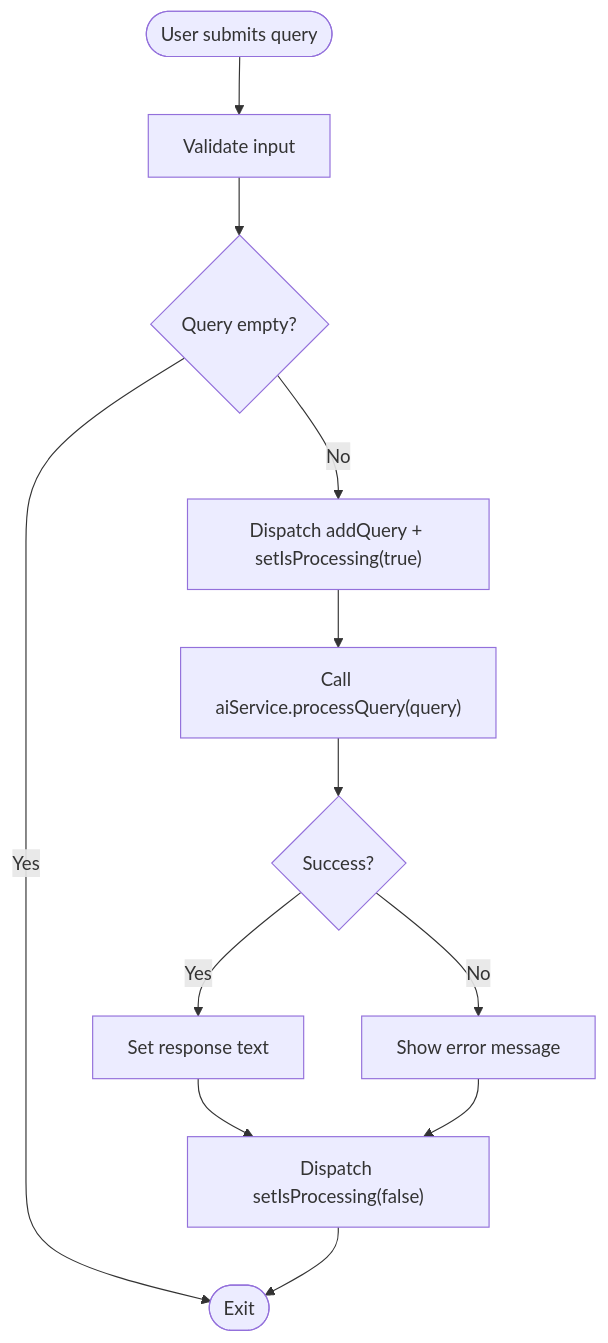
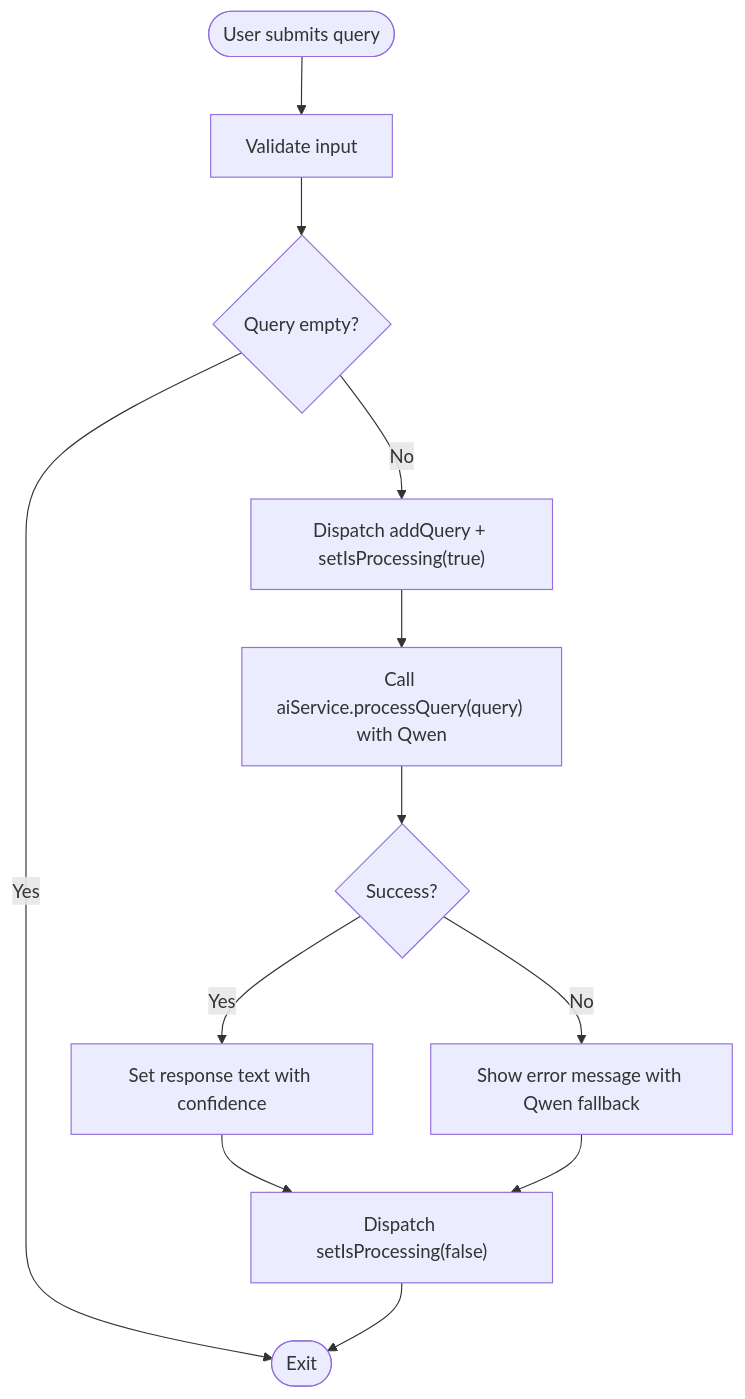
Before and after one commit to cacamarica/dashboard-ai: the third of 8 diagrams in .qoder/repowiki/en/content/Core Features/AI Assistant.md, drawn with Mermaid. The commit also changed other lines of this file and 14 other files, not shown here.

````diff
--- a/.qoder/repowiki/en/content/Core Features/AI Assistant.md
+++ b/.qoder/repowiki/en/content/Core Features/AI Assistant.md
@@ -152,14 +161,14 @@
 ```mermaid
 flowchart TD
 Start(["User submits query"]) --> Validate["Validate input"]
 Validate --> Valid{"Query empty?"}
 Valid --> |Yes| End(["Exit"])
 Valid --> |No| Dispatch["Dispatch addQuery + setIsProcessing(true)"]
-Dispatch --> CallAI["Call aiService.processQuery(query)"]
+Dispatch --> CallAI["Call aiService.processQuery(query) with Qwen"]
 CallAI --> Success{"Success?"}
-Success --> |Yes| SetResp["Set response text"]
-Success --> |No| ShowErr["Show error message"]
+Success --> |Yes| SetResp["Set response text with confidence"]
+Success --> |No| ShowErr["Show error message with Qwen fallback"]
 SetResp --> Reset["Dispatch setIsProcessing(false)"]
 ShowErr --> Reset
 Reset --> End
 ```
````
